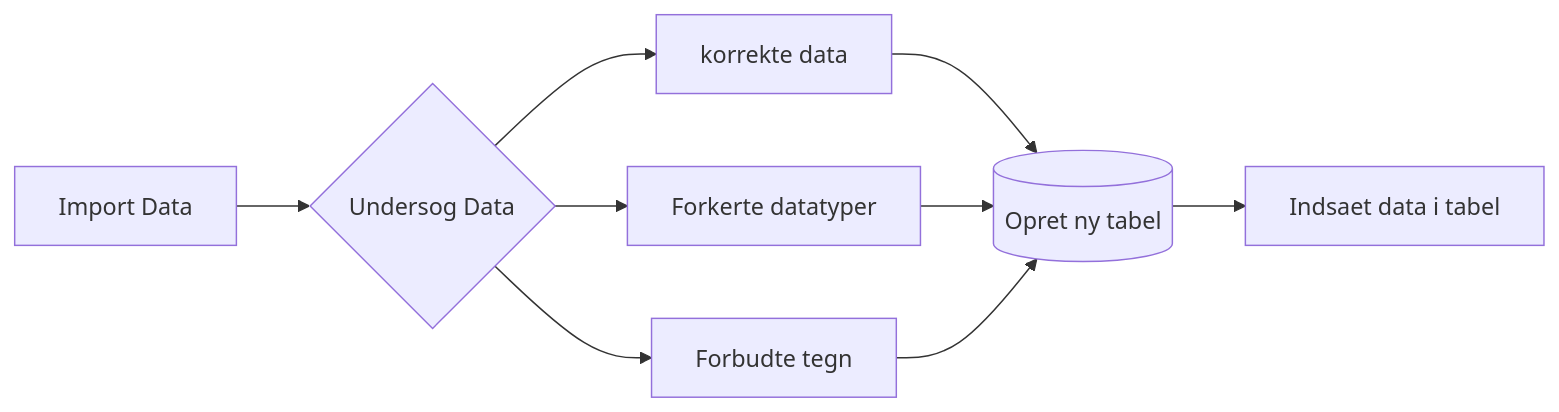
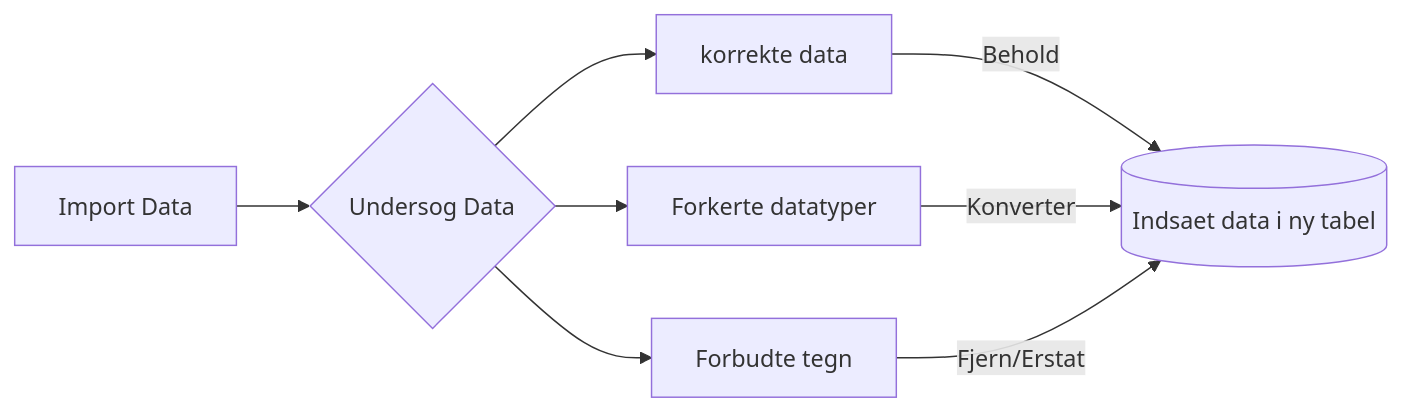
The diagram in uheld/readme.md (TRG-BUILD/VTT6), drawn with Mermaid before and after one commit.

Commit message:
Updated flowchart

````diff
--- a/uheld/readme.md
+++ b/uheld/readme.md
@@ -12,10 +12,10 @@
 ```mermaid
 flowchart LR;
     A[Import Data]-->C{Undersog Data};
     C--> D[Forkerte datatyper];
     C--> E[korrekte data] ;
     C--> F[Forbudte tegn] ;
-    E --> G[(Opret ny tabel)] --> H[Indsaet data i tabel];
-    D --> G;
-    F --> G;
+    E --> |Behold| G[(Indsaet data i ny tabel)];
+    D --> |Konverter| G;
+    F --> |Fjern/Erstat| G;
 ```
````
